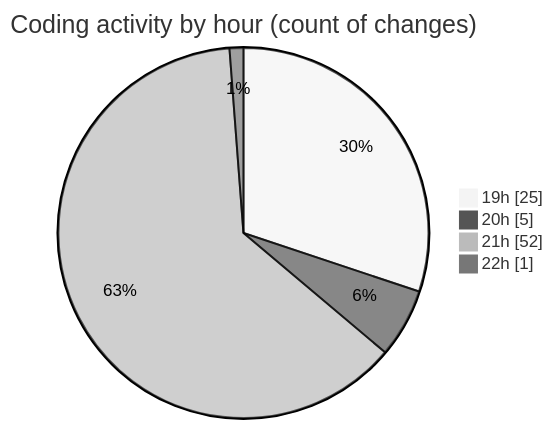
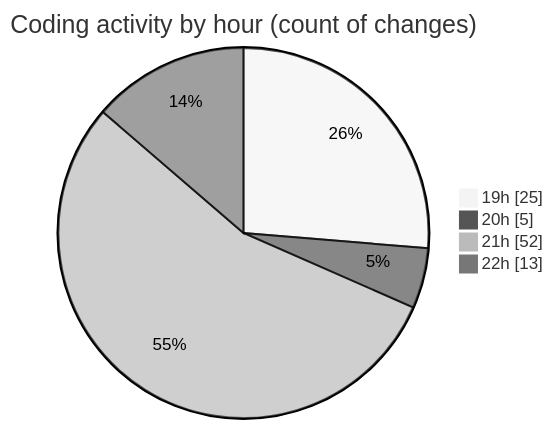
One commit to momahboobian/code-tracking changed the second of 2 diagrams in 2025-02-28/cda/README.md. Above: the diagram before and after it, drawn with Mermaid (neutral theme). The commit also changed other lines of this file and 1 other file, not shown here.

````diff
--- a/2025-02-28/cda/README.md
+++ b/2025-02-28/cda/README.md
@@ -34,8 +34,8 @@
 ```mermaid
 pie showData
 title Coding activity by hour (count of changes)
 "19h" : 25
 "20h" : 5
 "21h" : 52
-"22h" : 1
+"22h" : 13
 ```
````
